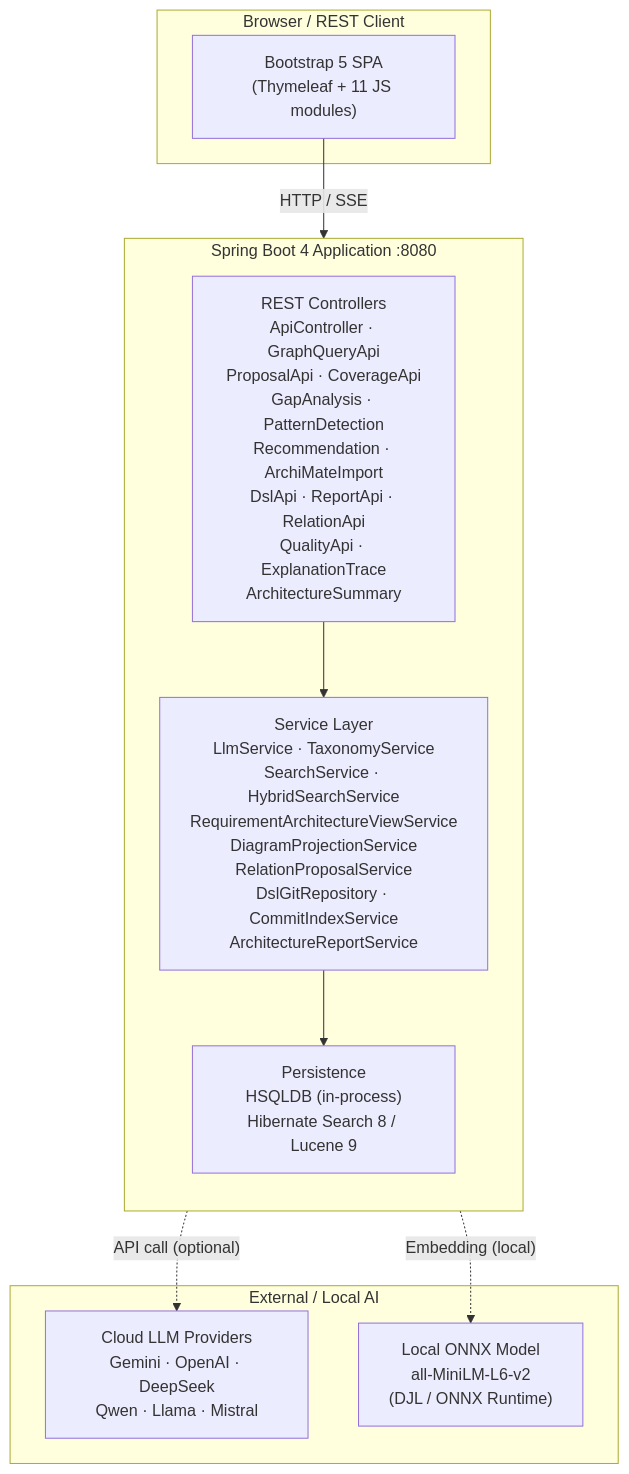
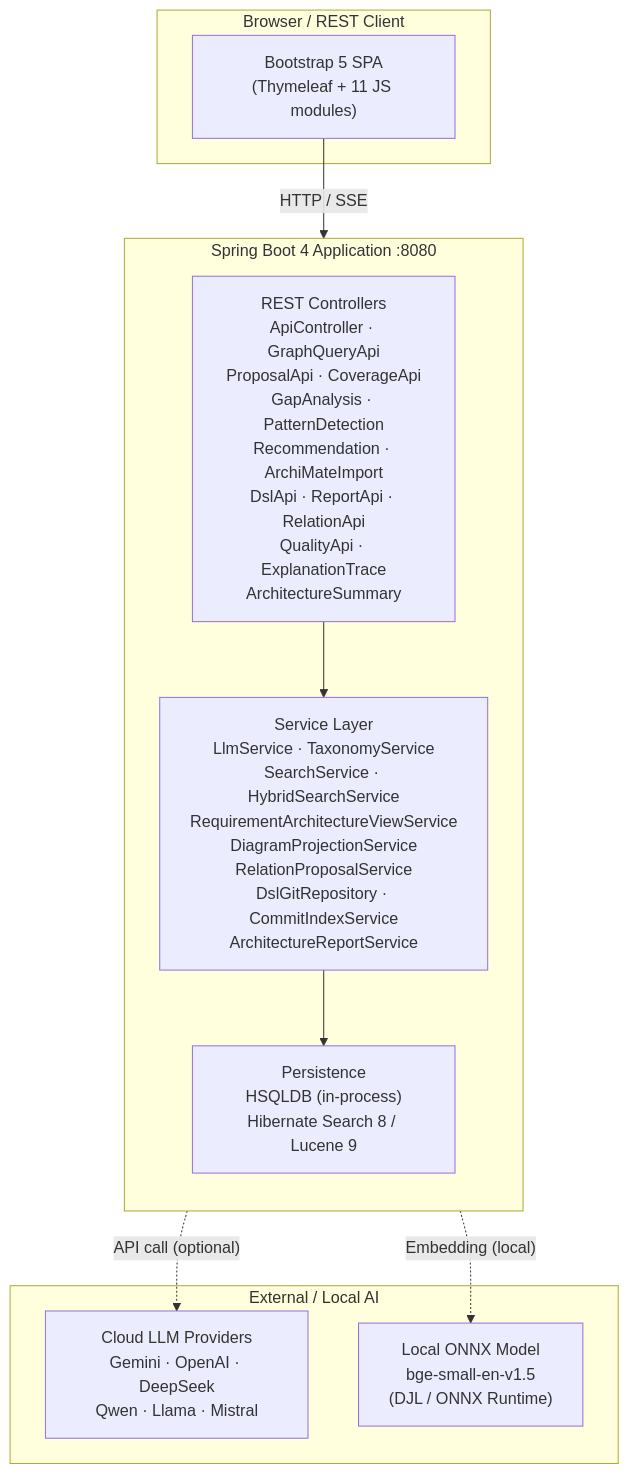
The first of 5 diagrams in docs/ARCHITECTURE.md (carstenartur/Taxonomy), drawn with Mermaid before and after one commit. The commit also changed other lines of this file and 12 other files, not shown here.

First line of the commit message:
Migrate embedding model from all-MiniLM-L6-v2 to BAAI/bge-small-en-v1.5

````diff
--- a/docs/ARCHITECTURE.md
+++ b/docs/ARCHITECTURE.md
@@ -38,24 +38,24 @@
 ```mermaid
 graph TB
     subgraph Client["Browser / REST Client"]
         UI["Bootstrap 5 SPA<br/>(Thymeleaf + 11 JS modules)"]
     end
 
     subgraph App["Spring Boot 4 Application :8080"]
         direction TB
         Controllers["REST Controllers<br/>ApiController · GraphQueryApi<br/>ProposalApi · CoverageApi<br/>GapAnalysis · PatternDetection<br/>Recommendation · ArchiMateImport<br/>DslApi · ReportApi · RelationApi<br/>QualityApi · ExplanationTrace<br/>ArchitectureSummary"]
         Services["Service Layer<br/>LlmService · TaxonomyService<br/>SearchService · HybridSearchService<br/>RequirementArchitectureViewService<br/>DiagramProjectionService<br/>RelationProposalService<br/>DslGitRepository · CommitIndexService<br/>ArchitectureReportService"]
         Persistence["Persistence<br/>HSQLDB (in-process)<br/>Hibernate Search 8 / Lucene 9"]
     end
 
     subgraph External["External / Local AI"]
         LLM["Cloud LLM Providers<br/>Gemini · OpenAI · DeepSeek<br/>Qwen · Llama · Mistral"]
-        ONNX["Local ONNX Model<br/>all-MiniLM-L6-v2<br/>(DJL / ONNX Runtime)"]
+        ONNX["Local ONNX Model<br/>bge-small-en-v1.5<br/>(DJL / ONNX Runtime)"]
     end
 
     UI -->|"HTTP / SSE"| Controllers
     Controllers --> Services
     Services --> Persistence
     Services -.->|"API call (optional)"| LLM
     Services -.->|"Embedding (local)"| ONNX
 ```
````
